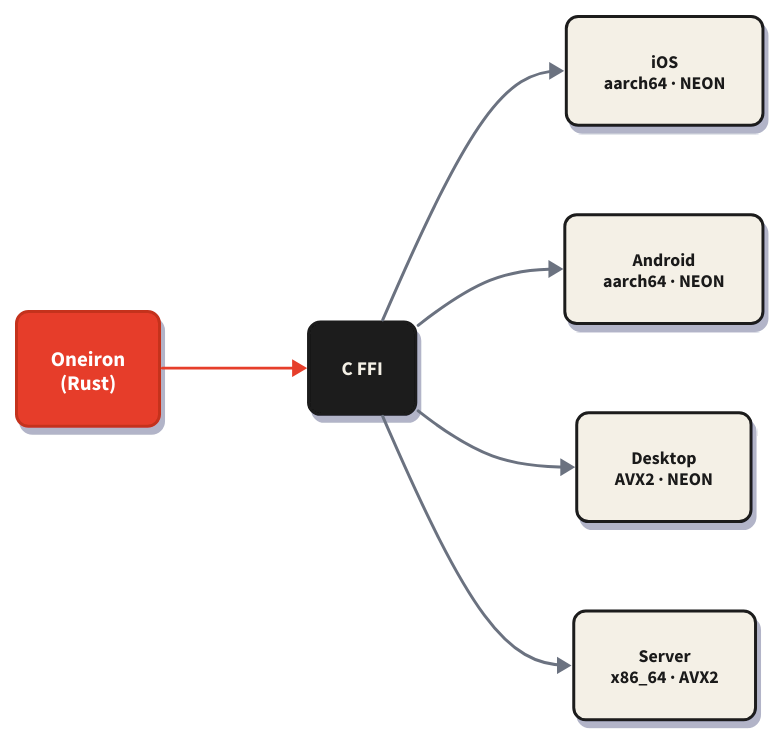
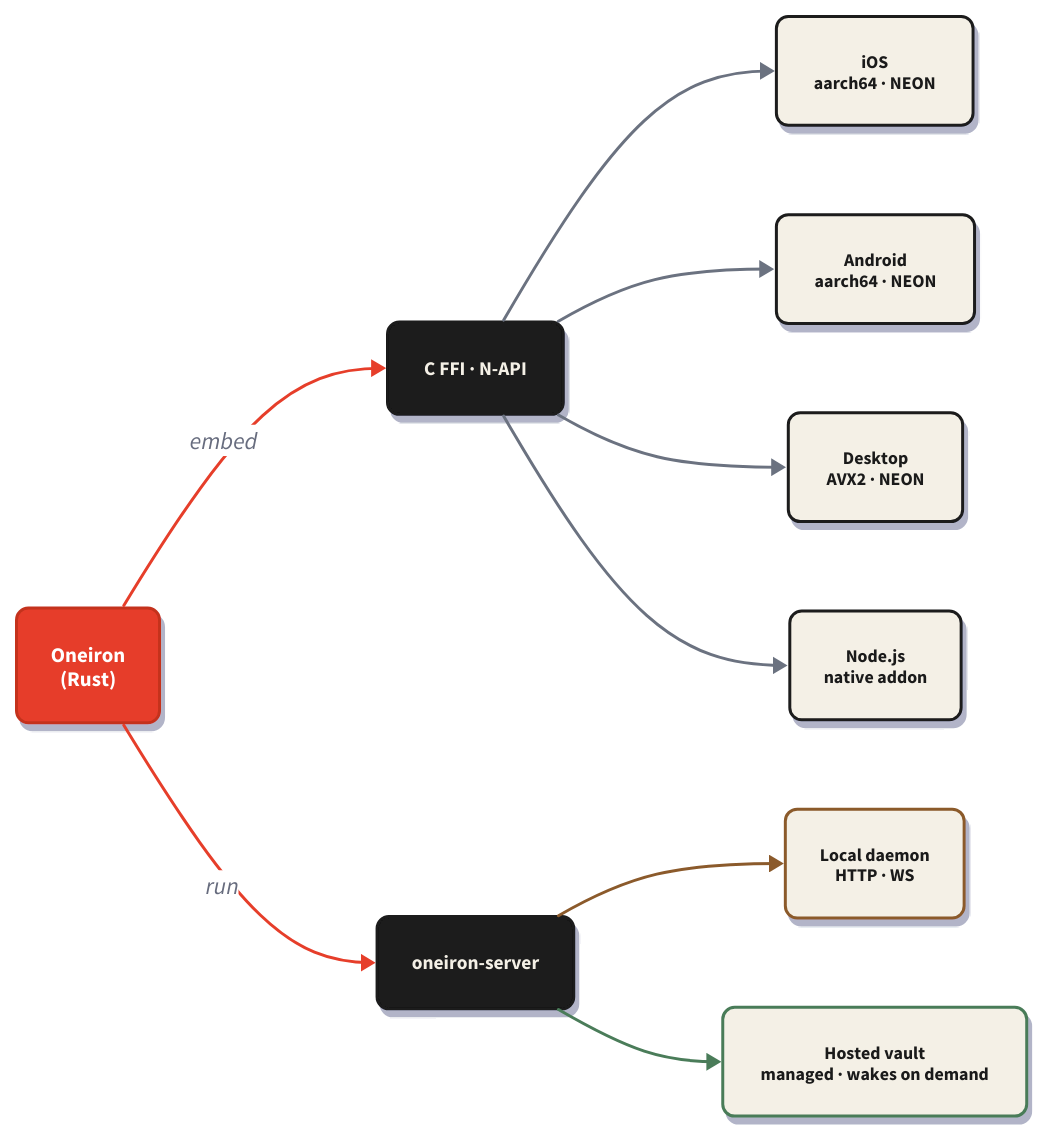
The diagram in docs/deployment-light.d2 (oneiron-dev/oneiron), drawn with D2 before and after one commit. The commit also changed 8 other files, not shown here.

First line of the commit message:
docs: refresh deployment and storage diagrams

```diff
--- a/docs/deployment-light.d2
+++ b/docs/deployment-light.d2
@@ -1,64 +1,100 @@
 direction: right
 
-core: Oneiron\n(Rust) {
+# --- Oneiron palette (light) ---
+# accent:  #E63E2A · ink: #1a1a1a · surface: #F4F0E6
+# success: #4A7C59 · muted: #6B7280 · brown: #8B5A2B
+
+core: "Oneiron\n(Rust)" {
   style.fill: "#E63E2A"
   style.font-color: "#ffffff"
   style.stroke: "#c4321f"
   style.border-radius: 8
   style.font-size: 14
   style.bold: true
   style.shadow: true
 }
 
-ffi: C FFI {
+ffi: "C FFI · N-API" {
   style.fill: "#1a1a1a"
   style.font-color: "#F4F0E6"
   style.stroke: "#1a1a1a"
   style.border-radius: 8
   style.font-size: 13
   style.bold: true
   style.shadow: true
 }
 
-ios: iOS\naarch64 · NEON {
+daemon: oneiron-server {
+  style.fill: "#1a1a1a"
+  style.font-color: "#F4F0E6"
+  style.stroke: "#1a1a1a"
+  style.border-radius: 8
+  style.font-size: 13
+  style.bold: true
+  style.shadow: true
+}
+
+ios: "iOS\naarch64 · NEON" {
   style.fill: "#F4F0E6"
   style.font-color: "#1a1a1a"
   style.stroke: "#1a1a1a"
   style.border-radius: 8
   style.font-size: 12
   style.shadow: true
 }
 
-android: Android\naarch64 · NEON {
+android: "Android\naarch64 · NEON" {
   style.fill: "#F4F0E6"
   style.font-color: "#1a1a1a"
   style.stroke: "#1a1a1a"
   style.border-radius: 8
   style.font-size: 12
   style.shadow: true
 }
 
-desktop: Desktop\nAVX2 · NEON {
+desktop: "Desktop\nAVX2 · NEON" {
   style.fill: "#F4F0E6"
   style.font-color: "#1a1a1a"
   style.stroke: "#1a1a1a"
   style.border-radius: 8
   style.font-size: 12
   style.shadow: true
 }
 
-server: Server\nx86_64 · AVX2 {
+node: "Node.js\nnative addon" {
   style.fill: "#F4F0E6"
   style.font-color: "#1a1a1a"
   style.stroke: "#1a1a1a"
   style.border-radius: 8
   style.font-size: 12
   style.shadow: true
 }
 
-core -> ffi: {style.stroke: "#E63E2A"; style.stroke-width: 2}
+local: "Local daemon\nHTTP · WS" {
+  style.fill: "#F4F0E6"
+  style.font-color: "#1a1a1a"
+  style.stroke: "#8B5A2B"
+  style.border-radius: 8
+  style.font-size: 12
+  style.shadow: true
+}
+
+hosted: "Hosted vault\nmanaged · wakes on demand" {
+  style.fill: "#F4F0E6"
+  style.font-color: "#1a1a1a"
+  style.stroke: "#4A7C59"
+  style.border-radius: 8
+  style.font-size: 12
+  style.shadow: true
+}
+
+core -> ffi: embed {style.stroke: "#E63E2A"; style.stroke-width: 2}
+core -> daemon: run {style.stroke: "#E63E2A"; style.stroke-width: 2}
 
 ffi -> ios: {style.stroke: "#6B7280"; style.stroke-width: 2}
 ffi -> android: {style.stroke: "#6B7280"; style.stroke-width: 2}
 ffi -> desktop: {style.stroke: "#6B7280"; style.stroke-width: 2}
-ffi -> server: {style.stroke: "#6B7280"; style.stroke-width: 2}
+ffi -> node: {style.stroke: "#6B7280"; style.stroke-width: 2}
+
+daemon -> local: {style.stroke: "#8B5A2B"; style.stroke-width: 2}
+daemon -> hosted: {style.stroke: "#4A7C59"; style.stroke-width: 2}
```
